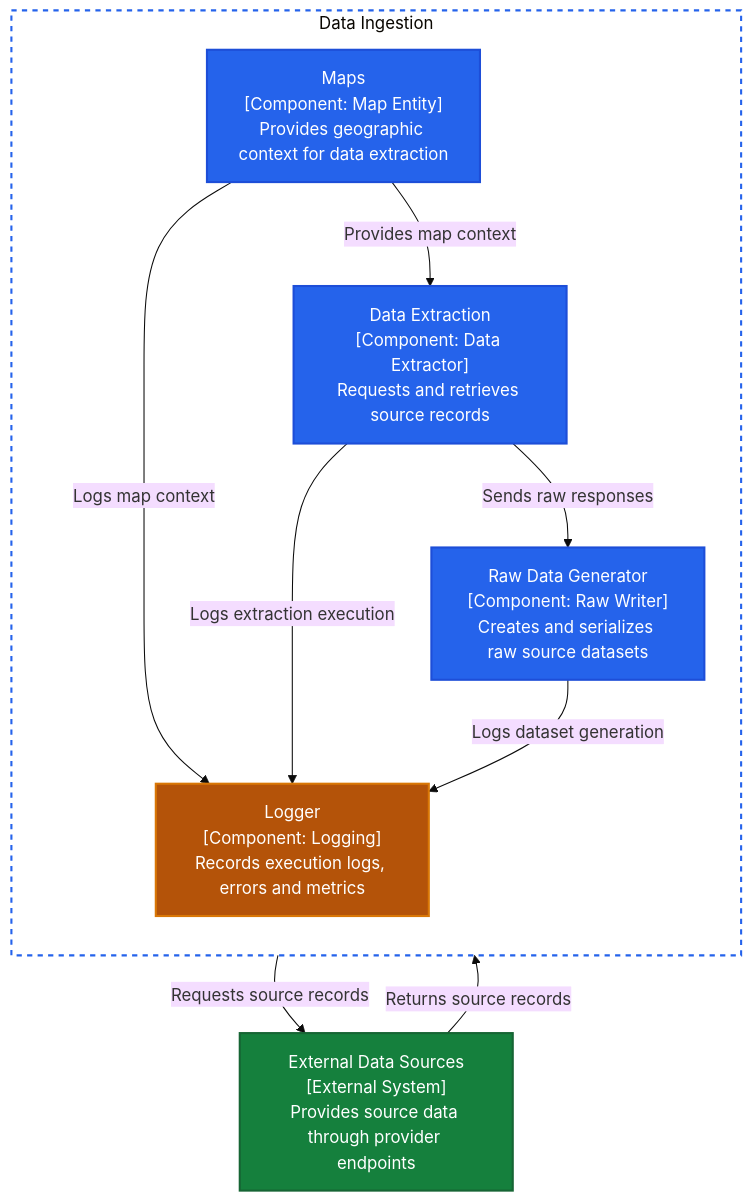
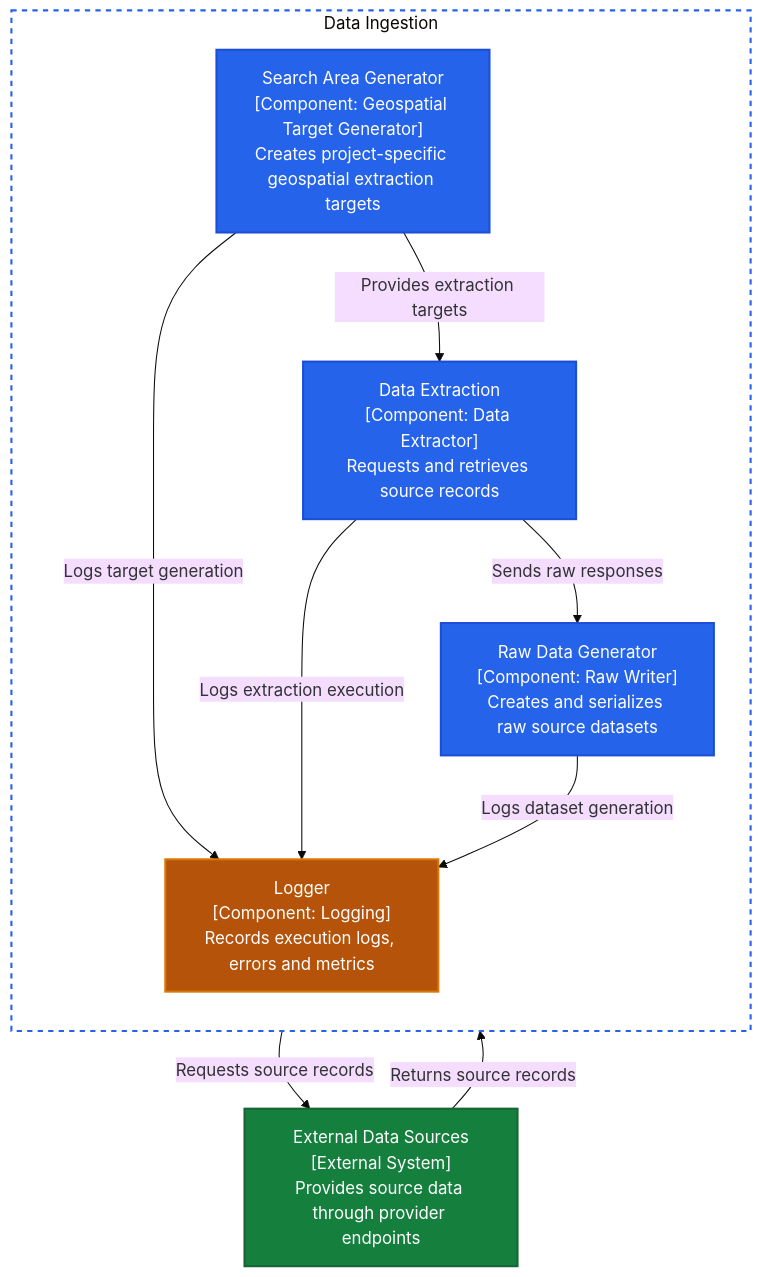
One commit to mentoria-edu/data_vet changed the diagram in docs/c4/level_3_components/data_Ingestion.md. Above: the diagram before and after it, drawn with Mermaid (base theme). The commit also changed 5 other files, not shown here.

````diff
--- a/docs/c4/level_3_components/data_Ingestion.md
+++ b/docs/c4/level_3_components/data_Ingestion.md
@@ -1,63 +1,63 @@
 ```mermaid
 flowchart TB
 
     %% =====================================================
     %% EXTERNAL SYSTEMS
     %% =====================================================
 
     SOURCES["External Data Sources<br/>[External System]<br/>Provides source data through provider endpoints"]
 
     %% =====================================================
     %% CONTAINER BOUNDARY
     %% =====================================================
 
     subgraph INGESTION_BOUNDARY["Data Ingestion"]
 
         direction TB
 
-        MAPS["Maps<br/>[Component: Map Entity]<br/>Provides geographic context for data extraction"]
+        SEARCH_AREA_GENERATOR["Search Area Generator<br/>[Component: Geospatial Target Generator]<br/>Creates project-specific geospatial extraction targets"]
 
         EXTRACTION["Data Extraction<br/>[Component: Data Extractor]<br/>Requests and retrieves source records"]
 
         RAW["Raw Data Generator<br/>[Component: Raw Writer]<br/>Creates and serializes raw source datasets"]
 
         LOGGER["Logger<br/>[Component: Logging]<br/>Records execution logs, errors and metrics"]
 
     end
 
     %% =====================================================
     %% FLOWS
     %% =====================================================
 
-    MAPS -->|Provides map context| EXTRACTION
+    SEARCH_AREA_GENERATOR -->|Provides extraction targets| EXTRACTION
 
     EXTRACTION -->|Requests source records| SOURCES
 
     SOURCES -->|Returns source records| EXTRACTION
 
     EXTRACTION -->|Sends raw responses| RAW
 
-    MAPS -->|Logs map context| LOGGER
+    SEARCH_AREA_GENERATOR -->|Logs target generation| LOGGER
 
     EXTRACTION -->|Logs extraction execution| LOGGER
 
     RAW -->|Logs dataset generation| LOGGER
 
     %% =====================================================
     %% COLORS
     %% =====================================================
 
     classDef component fill:#2563EB,stroke:#1D4ED8,color:#FFFFFF,stroke-width:2px;
     classDef logger fill:#B45309,stroke:#D97706,color:#FFFFFF,stroke-width:2px;
     classDef external fill:#15803D,stroke:#166534,color:#FFFFFF,stroke-width:2px;
 
     style INGESTION_BOUNDARY fill:none,stroke:#2563EB,stroke-width:2px,stroke-dasharray: 5 5
 
     %% =====================================================
     %% CLASS ASSIGNMENT
     %% =====================================================
 
-    class MAPS,EXTRACTION,RAW component;
+    class SEARCH_AREA_GENERATOR,EXTRACTION,RAW component;
     class LOGGER logger;
     class SOURCES external;
 ```
````
